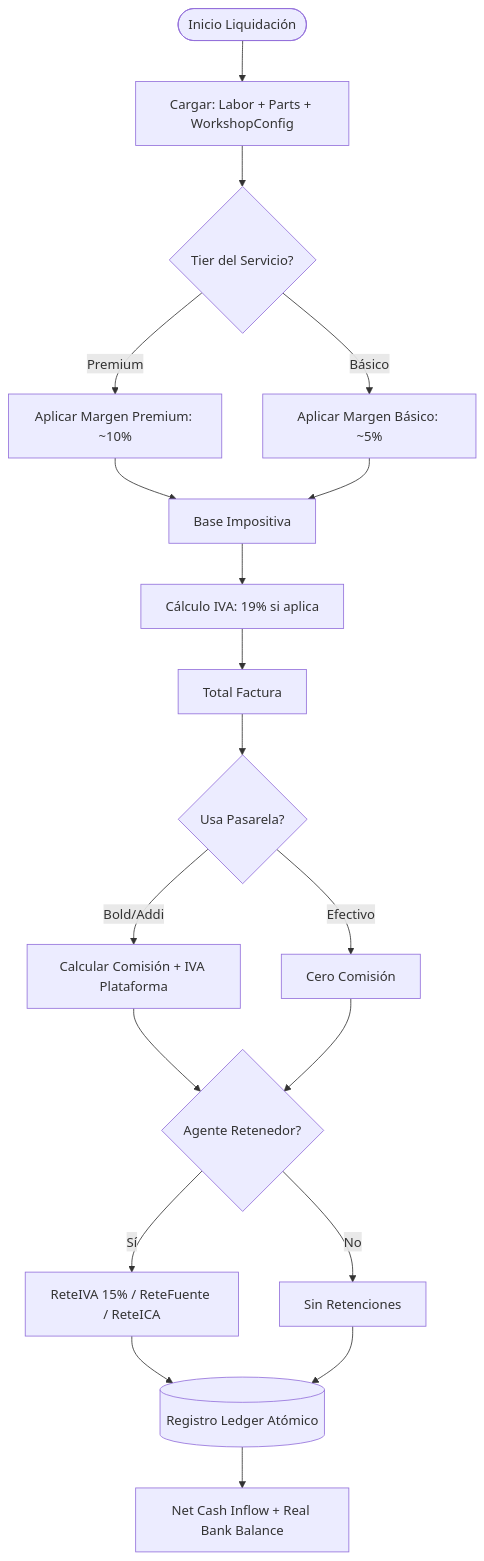
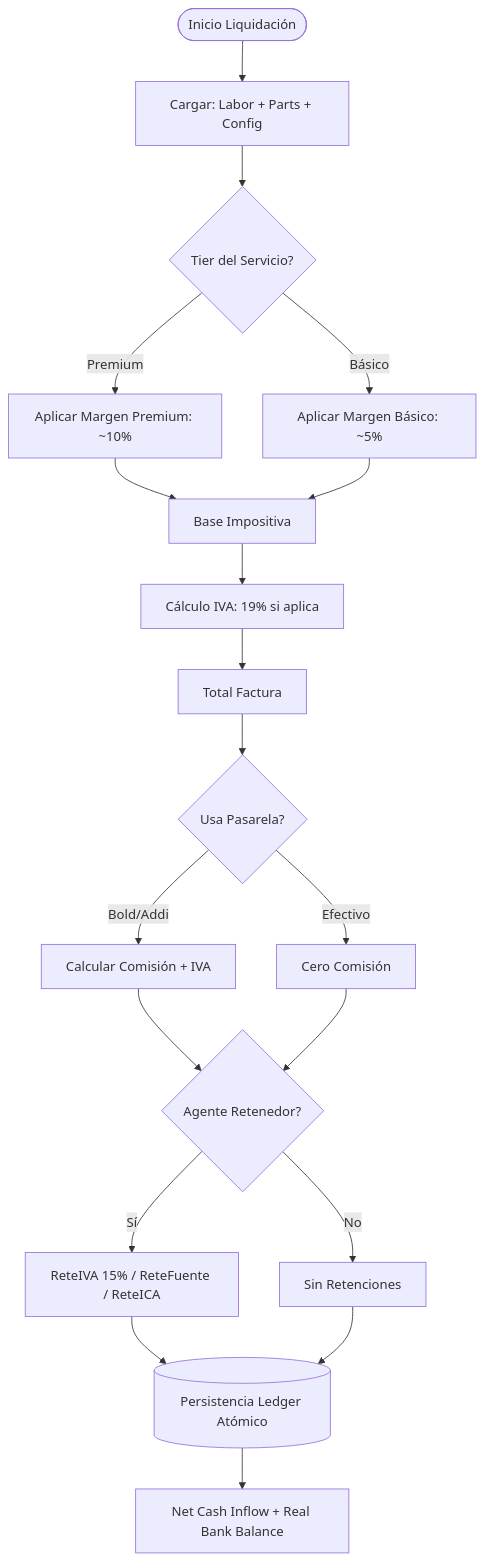
One commit to brandonjimenez21/efiscoArchitecture changed the fourth of 4 diagrams in README.md. Above: the diagram before and after it, drawn with Mermaid. The commit also changed other lines of this file, not shown here.

First line of the commit message:
Revise styles and flow diagrams in README.md

````diff
--- a/README.md
+++ b/README.md
@@ -154,23 +160,23 @@
 ```mermaid
 flowchart TD
-    Start([Inicio Liquidación]) --> Data[Cargar: Labor + Parts + WorkshopConfig]
+    Start([Inicio Liquidación]) --> Data[Cargar: Labor + Parts + Config]
     Data --> Tier{Tier del Servicio?}
     
     Tier -- Premium --> PM[Aplicar Margen Premium: ~10%]
     Tier -- Básico --> BM[Aplicar Margen Básico: ~5%]
     
     PM & BM --> Base[Base Impositiva]
     Base --> IVA[Cálculo IVA: 19% si aplica]
     IVA --> Total[Total Factura]
     
     Total --> Gateway{Usa Pasarela?}
-    Gateway -- Bold/Addi --> Comm[Calcular Comisión + IVA Plataforma]
+    Gateway -- Bold/Addi --> Comm[Calcular Comisión + IVA]
     Gateway -- Efectivo --> NoComm[Cero Comisión]
     
     Comm & NoComm --> Rets{Agente Retenedor?}
     Rets -- Sí --> CalcRets[ReteIVA 15% / ReteFuente / ReteICA]
     Rets -- No --> ZeroRets[Sin Retenciones]
     
-    CalcRets & ZeroRets --> Ledger[(Registro Ledger Atómico)]
-    Ledger --> Result[Net Cash Inflow + Real Bank Balance]
+    CalcRets & ZeroRets --> DB[(Persistencia Ledger Atómico)]
+    DB --> Result[Net Cash Inflow + Real Bank Balance]
 ```
````
